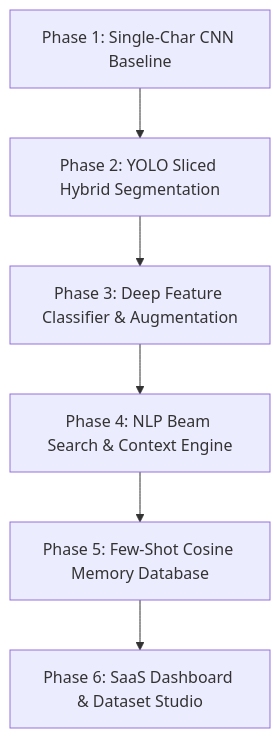
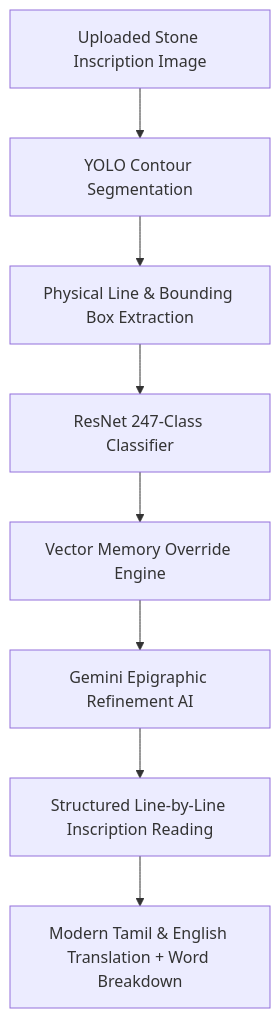
The diagram in README.md (Jai-0709/tamil-script-translator), drawn with Mermaid before and after one commit. The commit also changed other lines of this file and 26 other files, not shown here.

Commit message:
feat(epigraphy-suite): complete project restructuring, mobile UI overhaul, epigraphic word spacing, and free deployment guide

````diff
--- a/README.md
+++ b/README.md
@@ -41,8 +52,10 @@
 ```mermaid
 graph TD
-    A[Phase 1: Single-Char CNN Baseline] --> B[Phase 2: YOLO Sliced Hybrid Segmentation]
-    B --> C[Phase 3: Deep Feature Classifier & Augmentation]
-    C --> D[Phase 4: NLP Beam Search & Context Engine]
-    D --> E[Phase 5: Few-Shot Cosine Memory Database]
-    E --> F[Phase 6: SaaS Dashboard & Dataset Studio]
+    A["Uploaded Stone Inscription Image"] --> B["YOLO Contour Segmentation"]
+    B --> C["Physical Line & Bounding Box Extraction"]
+    C --> D["ResNet 247-Class Classifier"]
+    D --> E["Vector Memory Override Engine"]
+    E --> F["Gemini Epigraphic Refinement AI"]
+    F --> G["Structured Line-by-Line Inscription Reading"]
+    G --> H["Modern Tamil & English Translation + Word Breakdown"]
 ```
````
